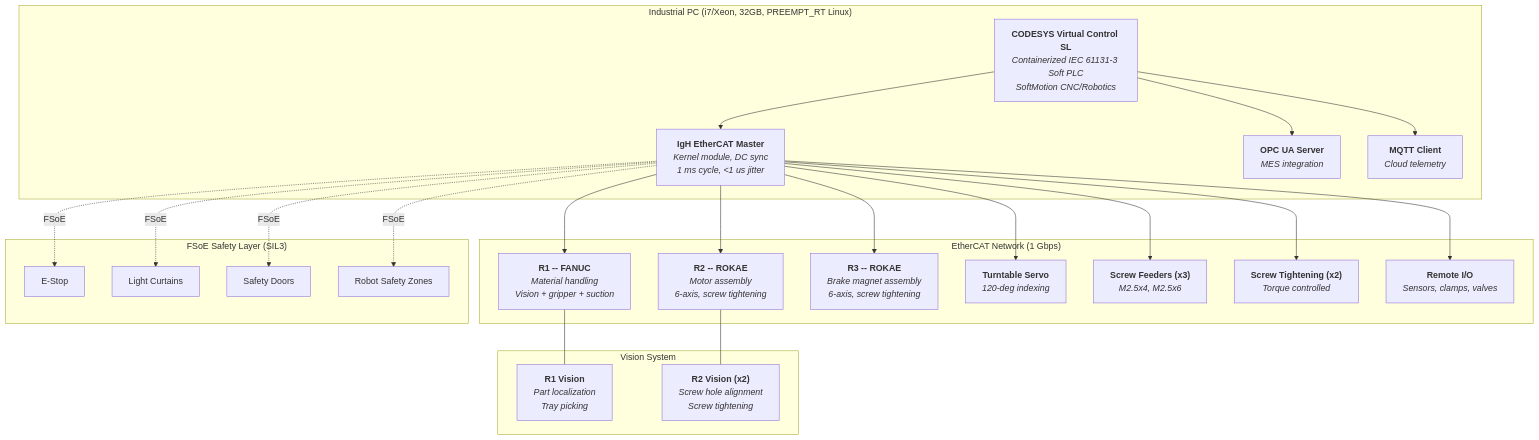
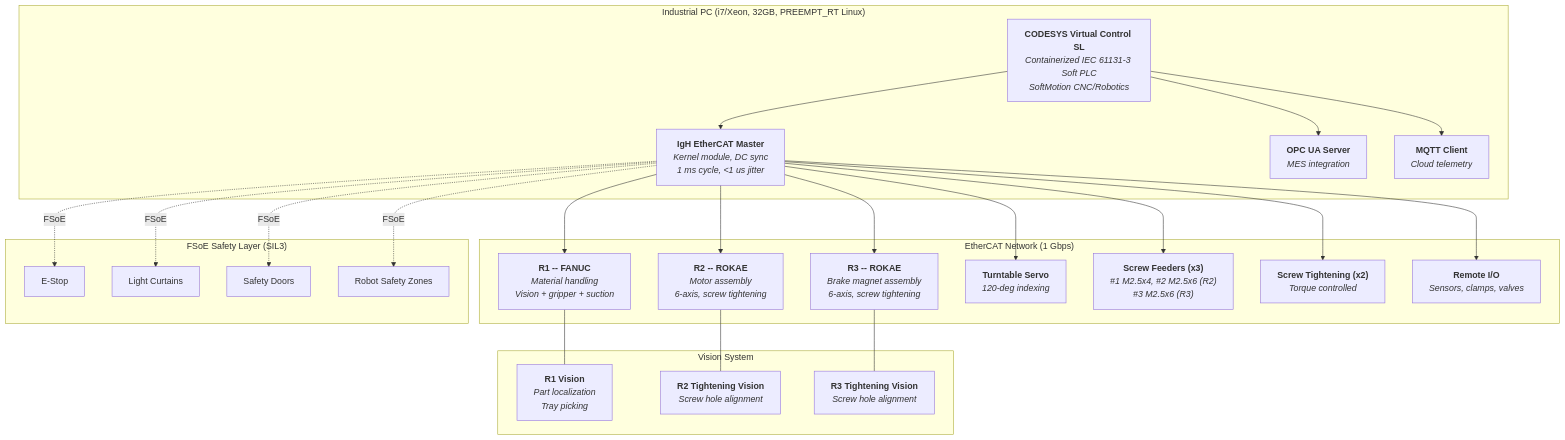
One commit to Rongxuan-Zhou/multi-robot-assembly-cell changed the first of 2 diagrams in README.md. Above: the diagram before and after it, drawn with Mermaid. The commit also changed other lines of this file and 22 other files, not shown here.

````diff
--- a/README.md
+++ b/README.md
@@ -91,48 +107,50 @@
 ```mermaid
 flowchart TB
     subgraph IPC["Industrial PC (i7/Xeon, 32GB, PREEMPT_RT Linux)"]
         CODESYS["<b>CODESYS Virtual Control SL</b><br/><i>Containerized IEC 61131-3 Soft PLC</i><br/><i>SoftMotion CNC/Robotics</i>"]
         IGH["<b>IgH EtherCAT Master</b><br/><i>Kernel module, DC sync</i><br/><i>1 ms cycle, &lt;1 us jitter</i>"]
         OPCUA["<b>OPC UA Server</b><br/><i>MES integration</i>"]
         MQTT["<b>MQTT Client</b><br/><i>Cloud telemetry</i>"]
     end
 
     subgraph ECAT["EtherCAT Network (1 Gbps)"]
         R1["<b>R1 -- FANUC</b><br/><i>Material handling</i><br/><i>Vision + gripper + suction</i>"]
         R2["<b>R2 -- ROKAE</b><br/><i>Motor assembly</i><br/><i>6-axis, screw tightening</i>"]
         R3["<b>R3 -- ROKAE</b><br/><i>Brake magnet assembly</i><br/><i>6-axis, screw tightening</i>"]
         TT["<b>Turntable Servo</b><br/><i>120-deg indexing</i>"]
-        SF["<b>Screw Feeders (x3)</b><br/><i>M2.5x4, M2.5x6</i>"]
+        SF["<b>Screw Feeders (x3)</b><br/><i>#1 M2.5x4, #2 M2.5x6 (R2)</i><br/><i>#3 M2.5x6 (R3)</i>"]
         ST["<b>Screw Tightening (x2)</b><br/><i>Torque controlled</i>"]
         RIO["<b>Remote I/O</b><br/><i>Sensors, clamps, valves</i>"]
     end
 
     subgraph SAFETY["FSoE Safety Layer (SIL3)"]
         ESTOP["E-Stop"]
         LC["Light Curtains"]
         SD["Safety Doors"]
         SZ["Robot Safety Zones"]
     end
 
     subgraph VISION["Vision System"]
         V1["<b>R1 Vision</b><br/><i>Part localization</i><br/><i>Tray picking</i>"]
-        V2["<b>R2 Vision (x2)</b><br/><i>Screw hole alignment</i><br/><i>Screw tightening</i>"]
+        V2["<b>R2 Tightening Vision</b><br/><i>Screw hole alignment</i>"]
+        V3["<b>R3 Tightening Vision</b><br/><i>Screw hole alignment</i>"]
     end
 
     CODESYS --> IGH
     IGH --> R1
     IGH --> R2
     IGH --> R3
     IGH --> TT
     IGH --> SF
     IGH --> ST
     IGH --> RIO
     IGH -. "FSoE" .-> ESTOP
     IGH -. "FSoE" .-> LC
     IGH -. "FSoE" .-> SD
     IGH -. "FSoE" .-> SZ
     R1 --- V1
     R2 --- V2
+    R3 --- V3
     CODESYS --> OPCUA
     CODESYS --> MQTT
 ```
````
